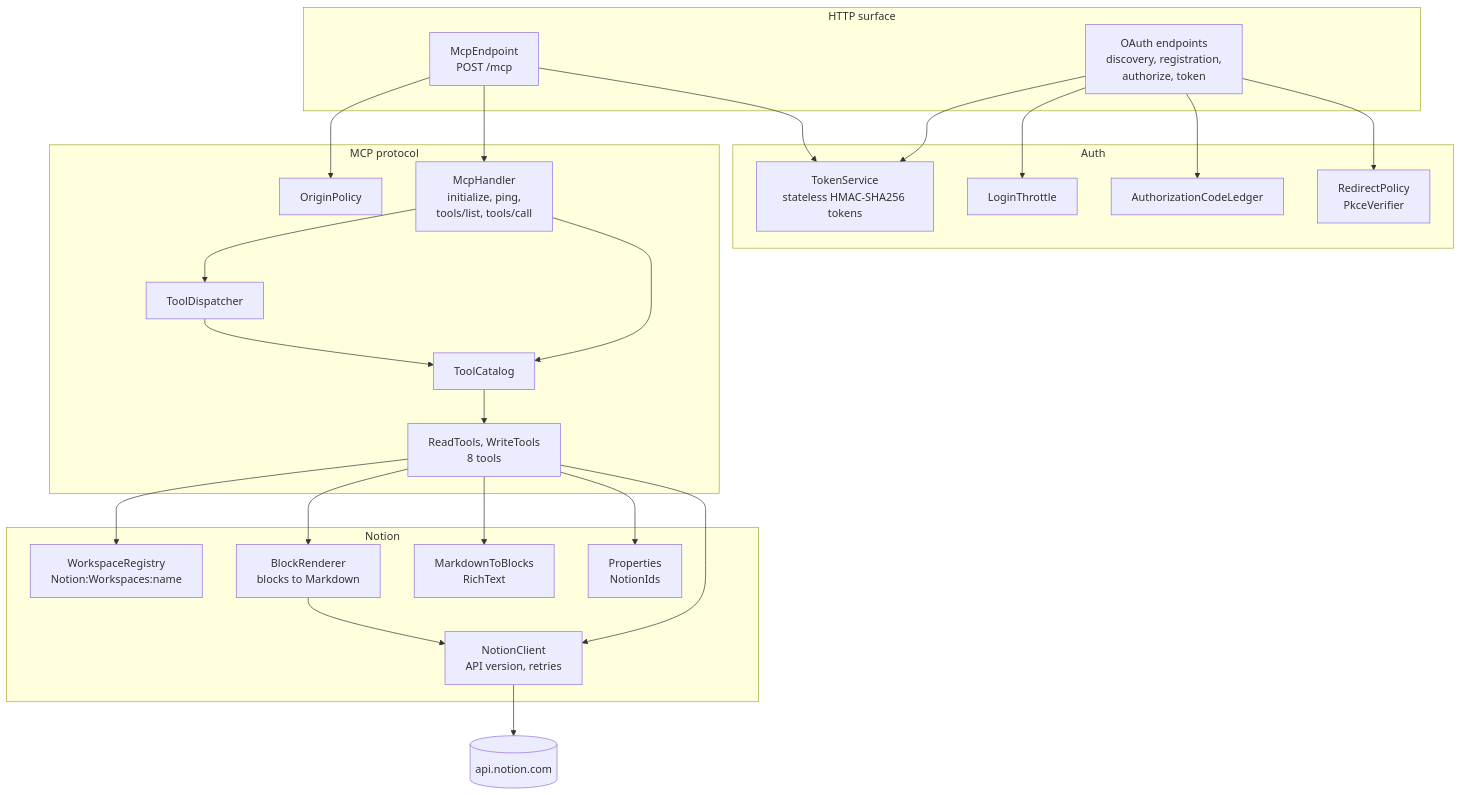
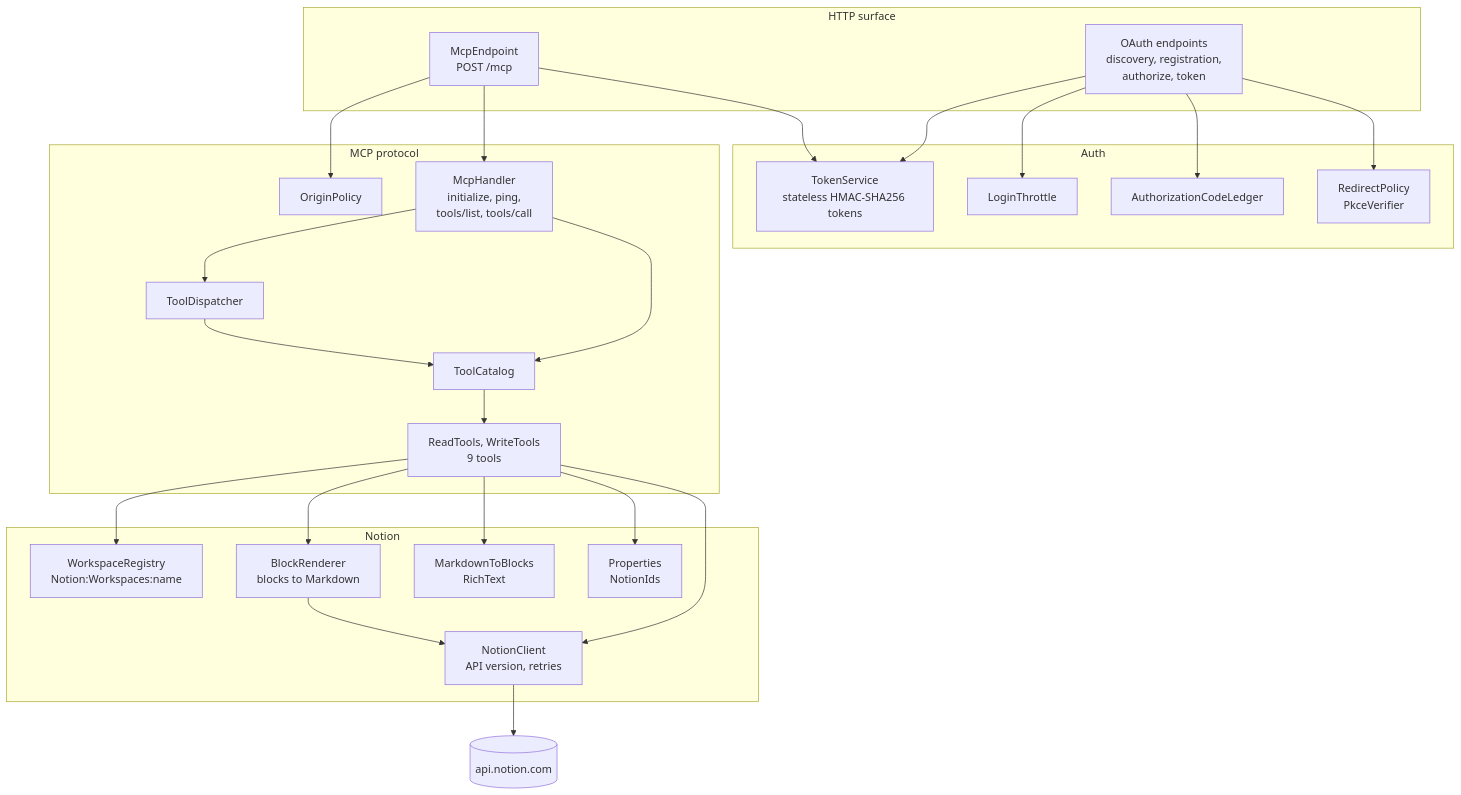
The second of 5 diagrams in docs/architecture.md (guilhermeappel/multi-workspace-mcp), drawn with Mermaid before and after one commit. The commit also changed 10 other files, not shown here.

````diff
--- a/docs/architecture.md
+++ b/docs/architecture.md
@@ -29,45 +29,45 @@
 ```mermaid
 flowchart TB
     subgraph http["HTTP surface"]
         oauth["OAuth endpoints<br/>discovery, registration,<br/>authorize, token"]
         mcp["McpEndpoint<br/>POST /mcp"]
     end
     subgraph auth["Auth"]
         ts["TokenService<br/>stateless HMAC-SHA256 tokens"]
         lt["LoginThrottle"]
         ledger["AuthorizationCodeLedger"]
         policy["RedirectPolicy<br/>PkceVerifier"]
     end
     subgraph protocol["MCP protocol"]
         origin["OriginPolicy"]
         handler["McpHandler<br/>initialize, ping,<br/>tools/list, tools/call"]
         catalog["ToolCatalog"]
         dispatcher["ToolDispatcher"]
-        tools["ReadTools, WriteTools<br/>8 tools"]
+        tools["ReadTools, WriteTools<br/>9 tools"]
     end
     subgraph notion["Notion"]
         registry["WorkspaceRegistry<br/>Notion:Workspaces:name"]
         client["NotionClient<br/>API version, retries"]
         render["BlockRenderer<br/>blocks to Markdown"]
         convert["MarkdownToBlocks<br/>RichText"]
         props["Properties<br/>NotionIds"]
     end
     oauth --> ts
     oauth --> lt
     oauth --> ledger
     oauth --> policy
     mcp --> origin
     mcp --> ts
     mcp --> handler
     handler --> catalog
     handler --> dispatcher
     dispatcher --> catalog
     catalog --> tools
     tools --> registry
     tools --> client
     tools --> render
     tools --> convert
     tools --> props
     render --> client
     client --> api[("api.notion.com")]
 ```
````
